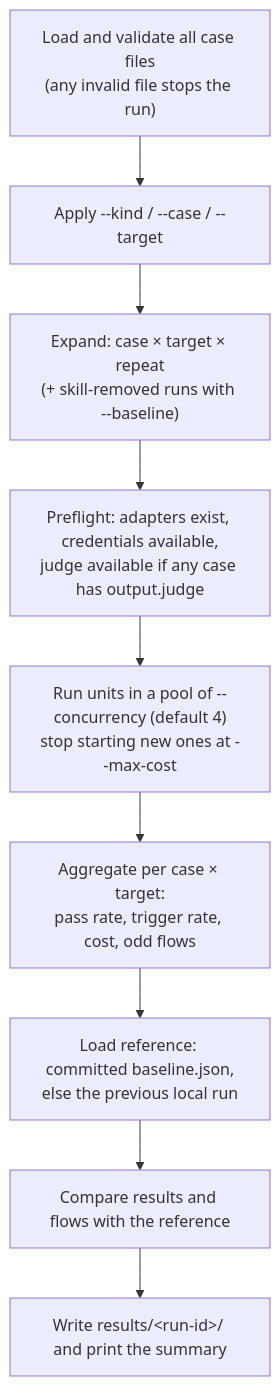
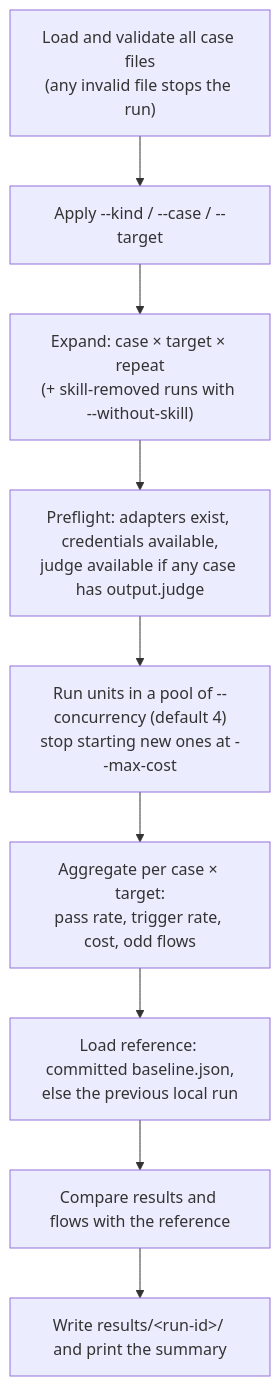
The third of 8 diagrams in evals/README.md (InteropIO/iointel-dev-kit), drawn with Mermaid before and after one commit. The commit also changed other lines of this file and 39 other files, not shown here.

Commit message:
improving overall schema and outputs, added calibration option

````diff
--- a/evals/README.md
+++ b/evals/README.md
@@ -106,11 +107,11 @@
 ```mermaid
 flowchart TD
     load["Load and validate all case files<br/>(any invalid file stops the run)"] --> filter["Apply --kind / --case / --target"]
-    filter --> expand["Expand: case × target × repeat<br/>(+ skill-removed runs with --baseline)"]
+    filter --> expand["Expand: case × target × repeat<br/>(+ skill-removed runs with --without-skill)"]
     expand --> preflight["Preflight: adapters exist, credentials available,<br/>judge available if any case has output.judge"]
     preflight --> pool["Run units in a pool of --concurrency (default 4)<br/>stop starting new ones at --max-cost"]
     pool --> agg["Aggregate per case × target:<br/>pass rate, trigger rate, cost, odd flows"]
     agg --> ref["Load reference: committed baseline.json,<br/>else the previous local run"]
     ref --> cmp["Compare results and flows with the reference"]
     cmp --> out["Write results/&lt;run-id&gt;/ and print the summary"]
 ```
````
